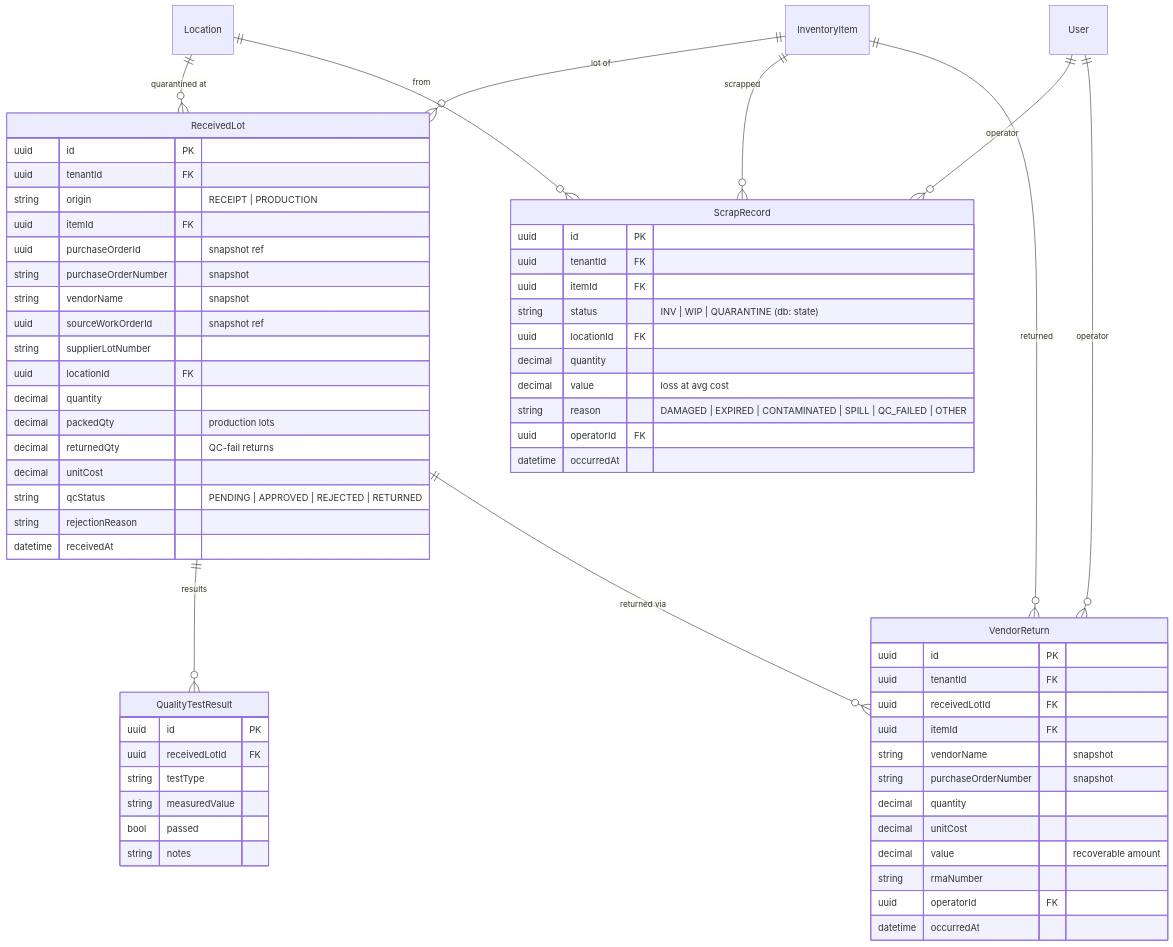
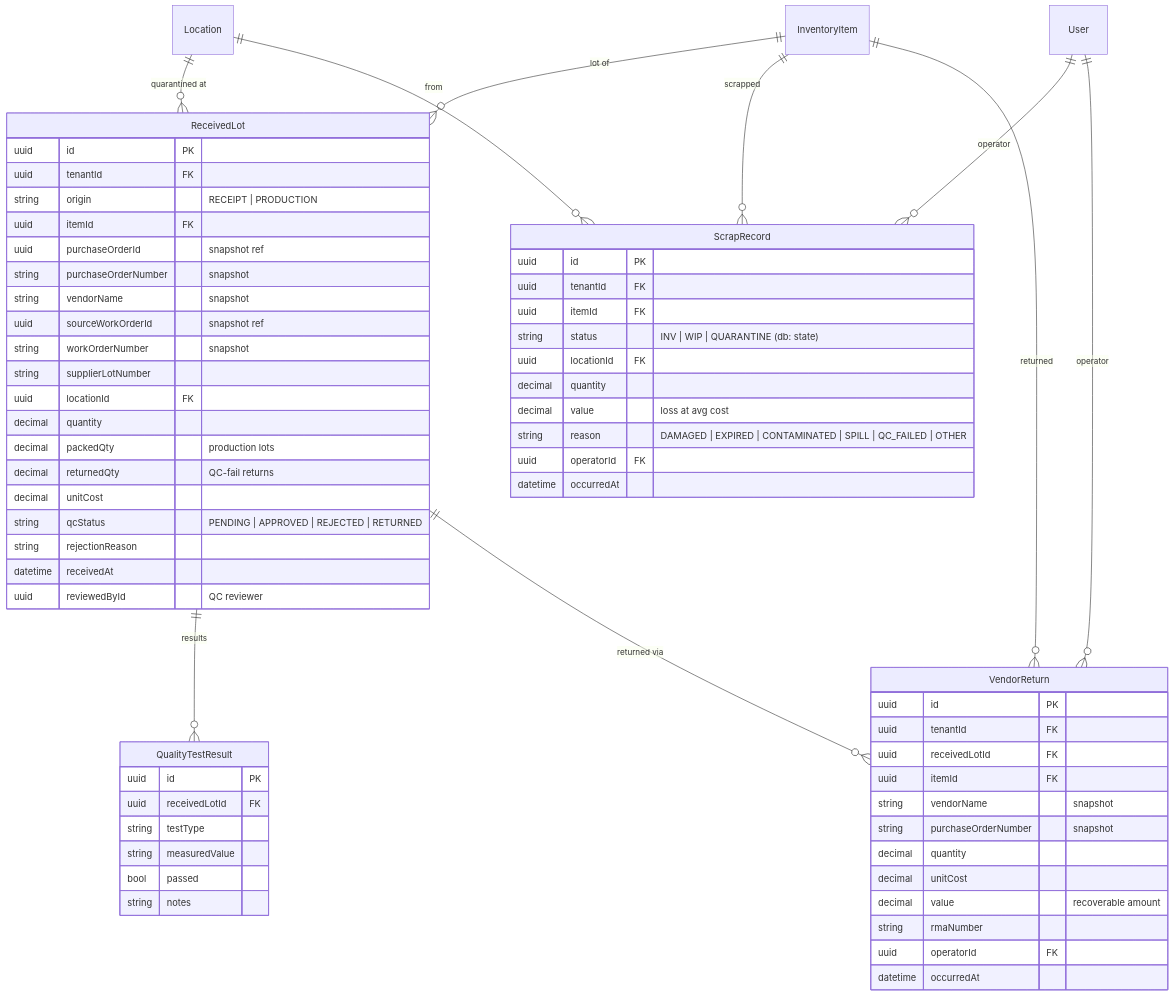
One commit to afi-spencerd/RSM changed the fifth of 13 diagrams in src/schemas.md. Above: the diagram before and after it, drawn with Mermaid. The commit also changed other lines of this file and 1 other file, not shown here.

First line of the commit message:
docs: sync FW3 schema + backlog with current fw3 project

````diff
--- a/src/schemas.md
+++ b/src/schemas.md
@@ -247,66 +303,68 @@
 ```mermaid
 erDiagram
   InventoryItem ||--o{ ReceivedLot : "lot of"
   Location ||--o{ ReceivedLot : "quarantined at"
   ReceivedLot ||--o{ QualityTestResult : "results"
   ReceivedLot ||--o{ VendorReturn : "returned via"
   InventoryItem ||--o{ ScrapRecord : "scrapped"
   InventoryItem ||--o{ VendorReturn : "returned"
   Location ||--o{ ScrapRecord : "from"
   User ||--o{ ScrapRecord : "operator"
   User ||--o{ VendorReturn : "operator"
 
   ReceivedLot {
     uuid id PK
     uuid tenantId FK
     string origin "RECEIPT | PRODUCTION"
     uuid itemId FK
     uuid purchaseOrderId "snapshot ref"
     string purchaseOrderNumber "snapshot"
     string vendorName "snapshot"
     uuid sourceWorkOrderId "snapshot ref"
+    string workOrderNumber "snapshot"
     string supplierLotNumber
     uuid locationId FK
     decimal quantity
     decimal packedQty "production lots"
     decimal returnedQty "QC-fail returns"
     decimal unitCost
     string qcStatus "PENDING | APPROVED | REJECTED | RETURNED"
     string rejectionReason
     datetime receivedAt
+    uuid reviewedById "QC reviewer"
   }
   QualityTestResult {
     uuid id PK
     uuid receivedLotId FK
     string testType
     string measuredValue
     bool passed
     string notes
   }
   ScrapRecord {
     uuid id PK
     uuid tenantId FK
     uuid itemId FK
     string status "INV | WIP | QUARANTINE (db: state)"
     uuid locationId FK
     decimal quantity
     decimal value "loss at avg cost"
     string reason "DAMAGED | EXPIRED | CONTAMINATED | SPILL | QC_FAILED | OTHER"
     uuid operatorId FK
     datetime occurredAt
   }
   VendorReturn {
     uuid id PK
     uuid tenantId FK
     uuid receivedLotId FK
     uuid itemId FK
     string vendorName "snapshot"
     string purchaseOrderNumber "snapshot"
     decimal quantity
     decimal unitCost
     decimal value "recoverable amount"
     string rmaNumber
     uuid operatorId FK
     datetime occurredAt
   }
 ```
````
